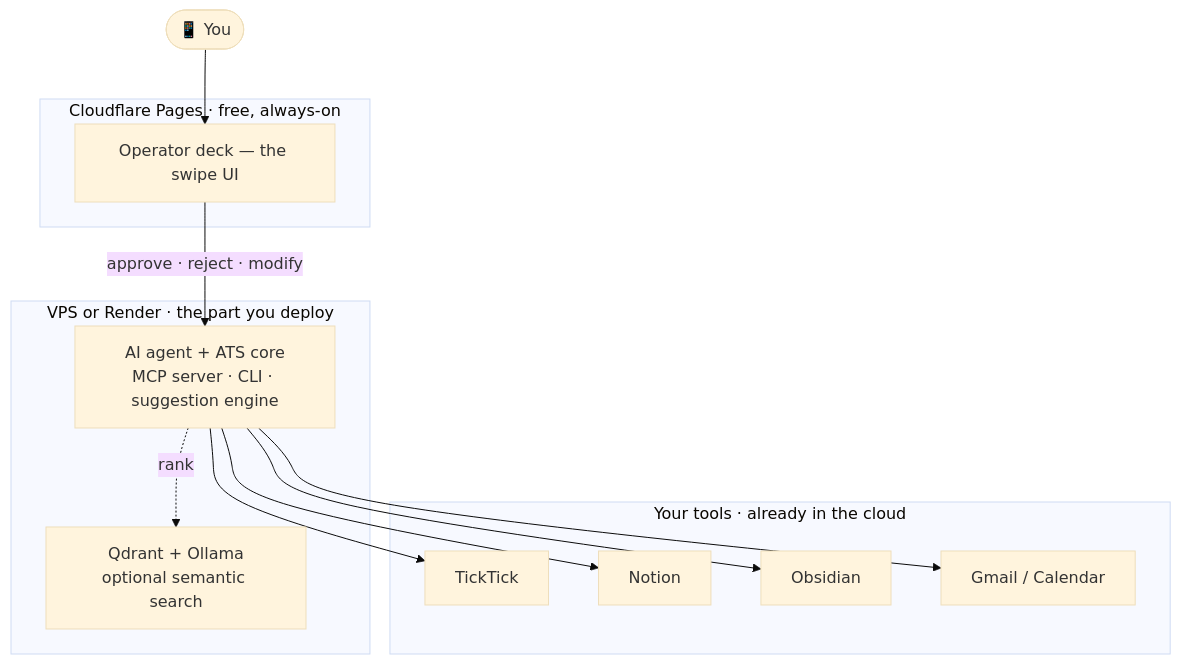
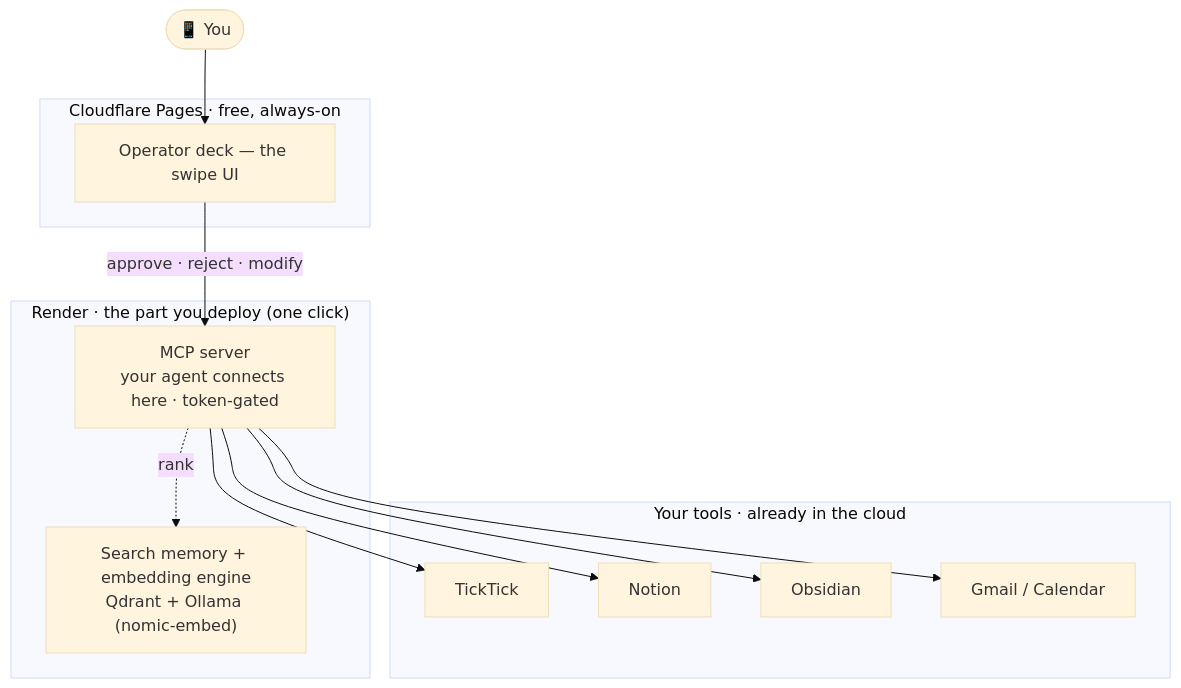
One commit to renezander030/agentic-task-system changed the third of 3 diagrams in README.md. Above: the diagram before and after it, drawn with Mermaid (base theme). The commit also changed other lines of this file and 8 other files, not shown here.

First line of the commit message:
deploy: full-stack Render blueprint (Qdrant + Ollama embed + token-gated MCP)

````diff
--- a/README.md
+++ b/README.md
@@ -153,25 +153,25 @@
 ```mermaid
 flowchart TB
   user(["📱 You"])
 
   subgraph CF["Cloudflare Pages · free, always-on"]
     deck["Operator deck — the swipe UI"]
   end
 
-  subgraph HOST["VPS or Render · the part you deploy"]
-    agent["AI agent + ATS core<br/>MCP server · CLI · suggestion engine"]
-    search["Qdrant + Ollama<br/>optional semantic search"]
+  subgraph HOST["Render · the part you deploy (one click)"]
+    mcp["MCP server<br/>your agent connects here · token-gated"]
+    search["Search memory + embedding engine<br/>Qdrant + Ollama (nomic-embed)"]
   end
 
   subgraph TASKS["Your tools · already in the cloud"]
     tt["TickTick"]
     nt["Notion"]
     ob["Obsidian"]
     gg["Gmail / Calendar"]
   end
 
   user --> deck
-  deck -->|"approve · reject · modify"| agent
-  agent --> tt & nt & ob & gg
-  agent -.->|"rank"| search
+  deck -->|"approve · reject · modify"| mcp
+  mcp --> tt & nt & ob & gg
+  mcp -.->|"rank"| search
 ```
````
